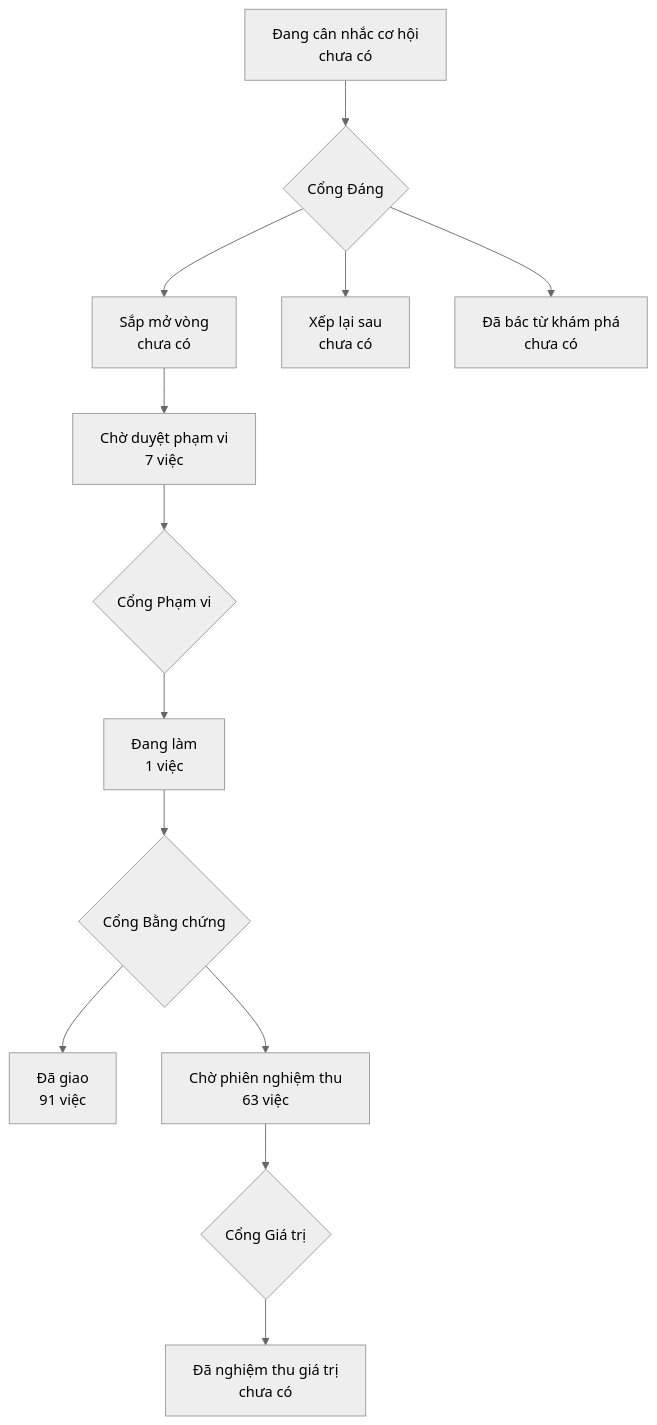
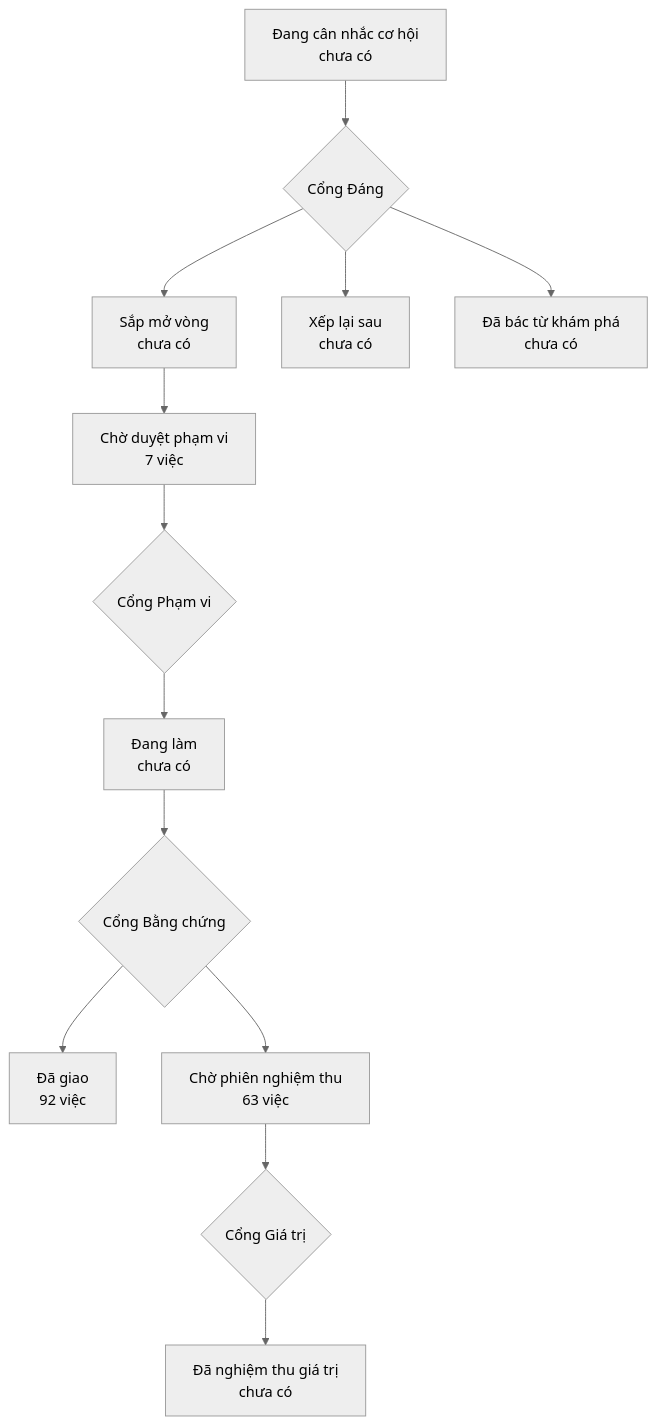
Before and after one commit to phanlemanh/onehub-invest: the diagram in PRODUCT-MAP.md, drawn with Mermaid (neutral theme). The commit also changed other lines of this file and 6 other files, not shown here.

````diff
--- a/PRODUCT-MAP.md
+++ b/PRODUCT-MAP.md
@@ -7,12 +7,12 @@
 ```mermaid
 flowchart TD
   A["Đang cân nhắc cơ hội<br/>chưa có"] --> GD{"Cổng Đáng"}
   GD --> B["Sắp mở vòng<br/>chưa có"]
   GD --> XL["Xếp lại sau<br/>chưa có"]
   GD --> DB["Đã bác từ khám phá<br/>chưa có"]
   B --> CD["Chờ duyệt phạm vi<br/>7 việc"] --> GP{"Cổng Phạm vi"}
-  GP --> DL["Đang làm<br/>1 việc"] --> GB{"Cổng Bằng chứng"}
-  GB --> DG["Đã giao<br/>91 việc"]
+  GP --> DL["Đang làm<br/>chưa có"] --> GB{"Cổng Bằng chứng"}
+  GB --> DG["Đã giao<br/>92 việc"]
   GB --> CN["Chờ phiên nghiệm thu<br/>63 việc"] --> GG{"Cổng Giá trị"}
   GG --> NT["Đã nghiệm thu giá trị<br/>chưa có"]
 ```
````
